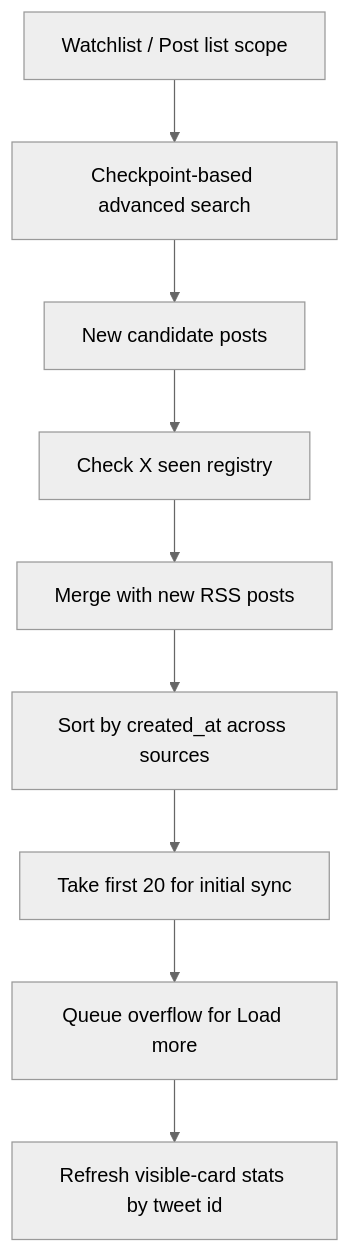
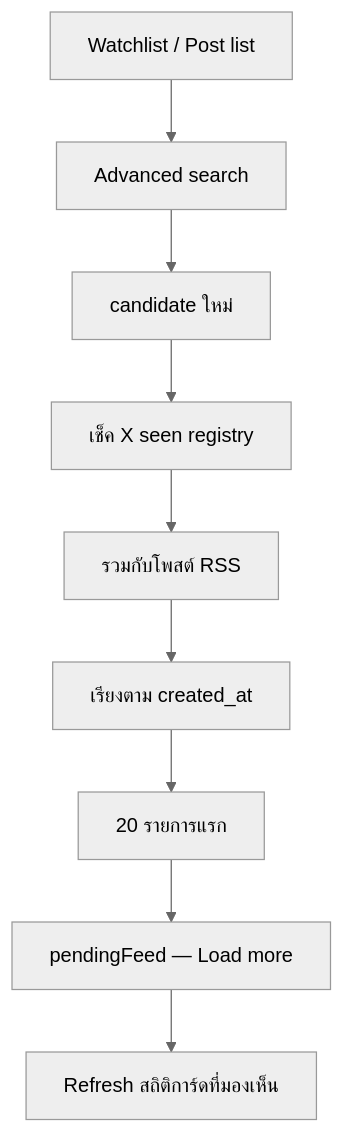
One commit to thefogusz/test changed the second of 2 diagrams in docs/architecture/feed-search.md. Above: the diagram before and after it, drawn with Mermaid (neutral theme). The commit also changed other lines of this file and 10 other files, not shown here.

First line of the commit message:
Translate all English docs to Thai + fix diagram readability

````diff
--- a/docs/architecture/feed-search.md
+++ b/docs/architecture/feed-search.md
@@ -32,11 +32,11 @@
 ```mermaid
 flowchart TD
-  A["Watchlist / Post list scope"] --> B["Checkpoint-based advanced search"]
-  B --> C["New candidate posts"]
-  C --> D["Check X seen registry"]
-  D --> E["Merge with new RSS posts"]
-  E --> F["Sort by created_at across sources"]
-  F --> G["Take first 20 for initial sync"]
-  G --> H["Queue overflow for Load more"]
-  H --> I["Refresh visible-card stats by tweet id"]
+  A[Watchlist / Post list] --> B[Advanced search]
+  B --> C[candidate ใหม่]
+  C --> D[เช็ค X seen registry]
+  D --> E[รวมกับโพสต์ RSS]
+  E --> F[เรียงตาม created_at]
+  F --> G[20 รายการแรก]
+  G --> H[pendingFeed — Load more]
+  H --> I[Refresh สถิติการ์ดที่มองเห็น]
 ```
````
